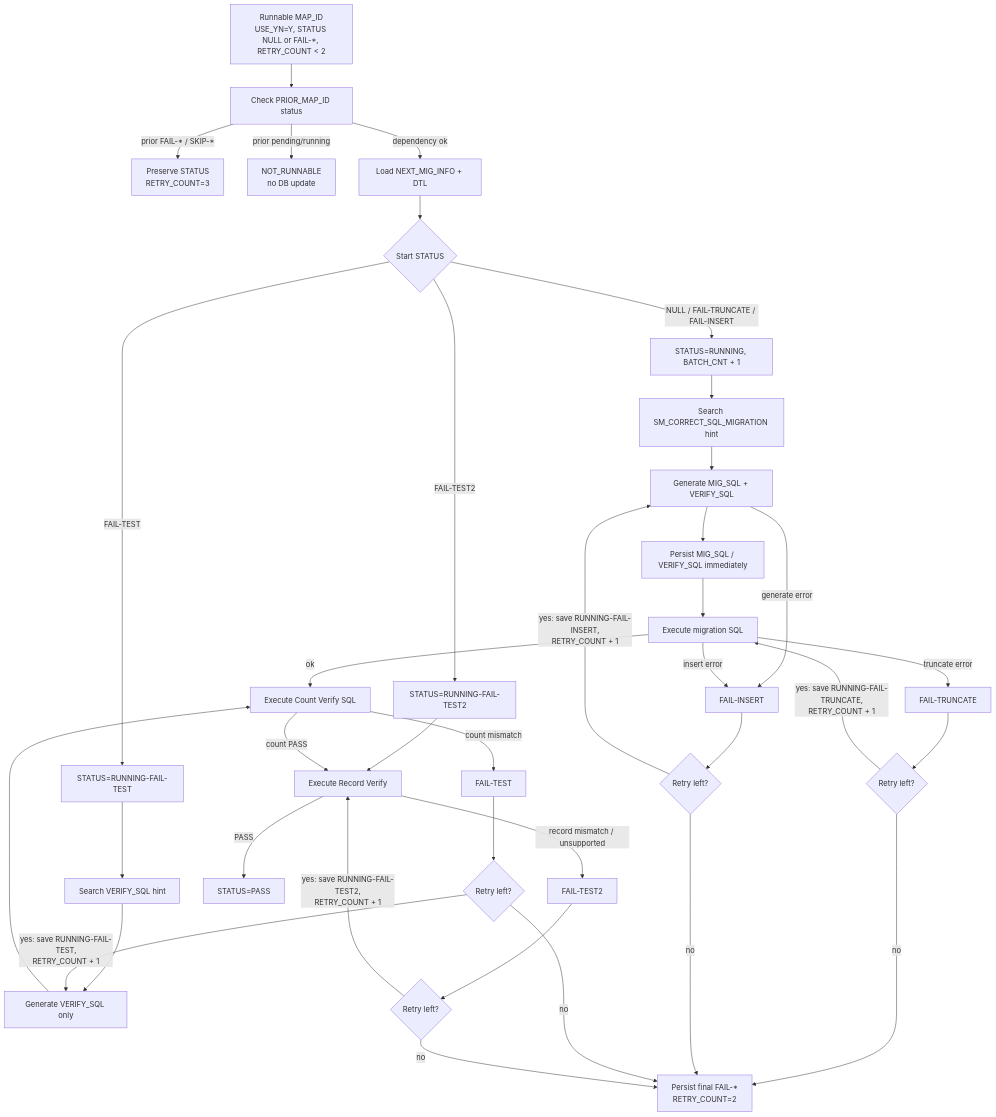
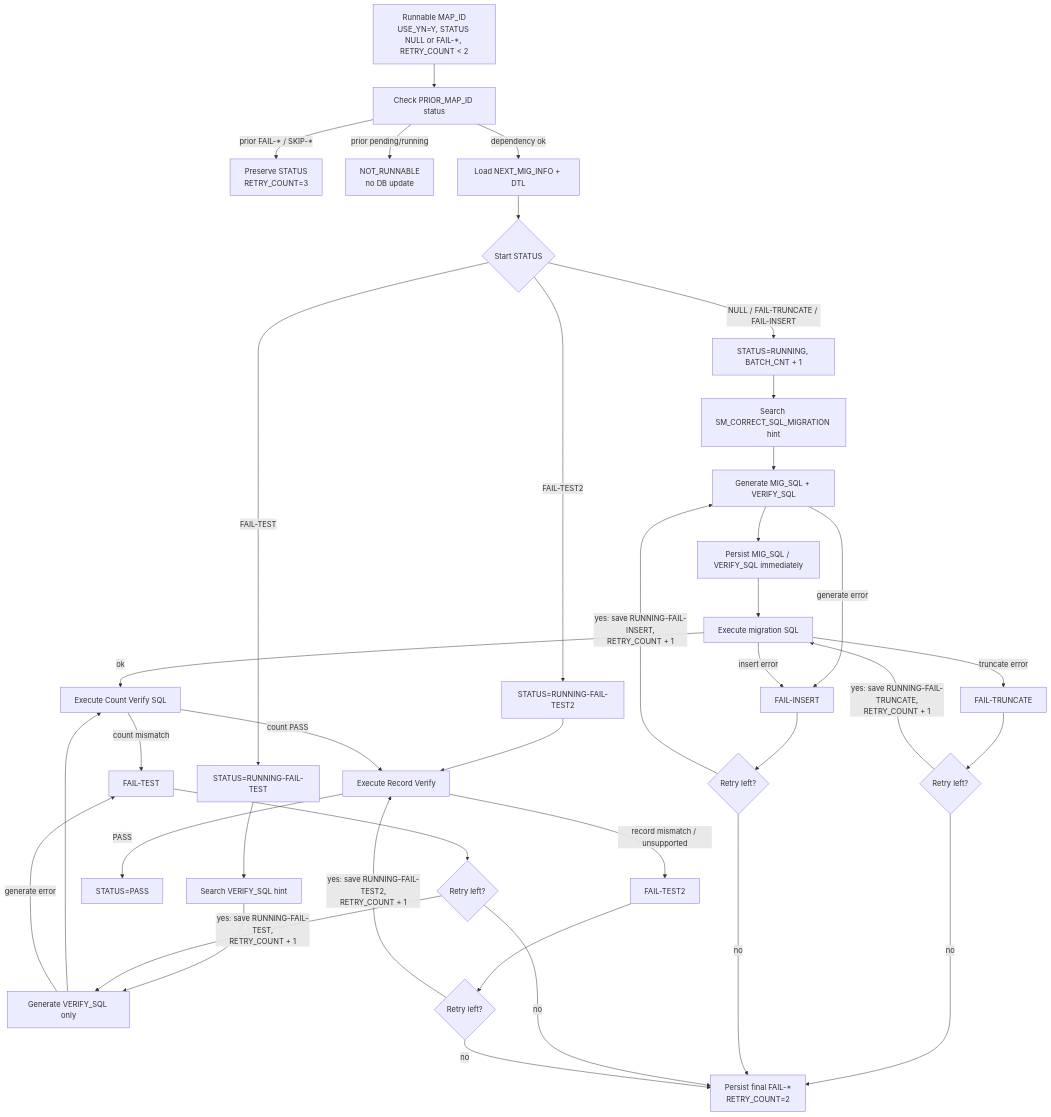
The third of 11 diagrams in smartMigrate_2.0_Langflow/00_guide/00_architecture_chapter4_domain_executors.md (seongikjin227-jpg/refactoring_smartMigrate), drawn with Mermaid before and after one commit. The commit also changed other lines of this file and 5 other files, not shown here.

````diff
--- a/smartMigrate_2.0_Langflow/00_guide/00_architecture_chapter4_domain_executors.md
+++ b/smartMigrate_2.0_Langflow/00_guide/00_architecture_chapter4_domain_executors.md
@@ -67,39 +67,40 @@
 ```mermaid
 flowchart TD
     J[Runnable MAP_ID<br/>USE_YN=Y, STATUS NULL or FAIL-*, RETRY_COUNT &lt; 2] --> PRIOR[Check PRIOR_MAP_ID status]
     PRIOR -->|prior FAIL-* / SKIP-*| BLOCK[Preserve STATUS<br/>RETRY_COUNT=3]
     PRIOR -->|prior pending/running| WAIT[NOT_RUNNABLE<br/>no DB update]
     PRIOR -->|dependency ok| META[Load NEXT_MIG_INFO + DTL]
     META --> STAGE{Start STATUS}
     STAGE -->|NULL / FAIL-TRUNCATE / FAIL-INSERT| RUN[STATUS=RUNNING, BATCH_CNT + 1]
     RUN --> HINT[Search SM_CORRECT_SQL_MIGRATION hint]
     HINT --> GEN[Generate MIG_SQL + VERIFY_SQL]
     GEN --> SAVE_SQL[Persist MIG_SQL / VERIFY_SQL immediately]
     SAVE_SQL --> EXEC[Execute migration SQL]
     GEN -->|generate error| FINSERT[FAIL-INSERT]
     STAGE -->|FAIL-TEST| RESUME[STATUS=RUNNING-FAIL-TEST]
     RESUME --> V_HINT[Search VERIFY_SQL hint]
     V_HINT --> V_GEN[Generate VERIFY_SQL only]
     V_GEN --> VERIFY[Execute Count Verify SQL]
+    V_GEN -->|generate error| FTEST[FAIL-TEST]
     STAGE -->|FAIL-TEST2| RECORD[STATUS=RUNNING-FAIL-TEST2]
     RECORD --> VERIFY2[Execute record verify only]
     EXEC -->|truncate error| FTRUNC[FAIL-TRUNCATE]
     EXEC -->|insert error| FINSERT
     EXEC -->|ok| VERIFY
     VERIFY -->|count mismatch| FTEST[FAIL-TEST]
     VERIFY -->|count PASS| VERIFY2[Execute Record Verify]
     VERIFY2 -->|record mismatch / unsupported| FTEST2[FAIL-TEST2]
     VERIFY2 -->|PASS| PASS[STATUS=PASS]
     FTRUNC --> RTRUNC{Retry left?}
     RTRUNC -->|yes: save RUNNING-FAIL-TRUNCATE,<br/>RETRY_COUNT + 1| EXEC
     RTRUNC -->|no| FINALFAIL[Persist final FAIL-*<br/>RETRY_COUNT=2]
     FINSERT --> RINSERT{Retry left?}
     RINSERT -->|yes: save RUNNING-FAIL-INSERT,<br/>RETRY_COUNT + 1| GEN
     RINSERT -->|no| FINALFAIL
     FTEST --> RTEST{Retry left?}
     RTEST -->|yes: save RUNNING-FAIL-TEST,<br/>RETRY_COUNT + 1| V_GEN
     RTEST -->|no| FINALFAIL
     FTEST2 --> RTEST2{Retry left?}
     RTEST2 -->|yes: save RUNNING-FAIL-TEST2,<br/>RETRY_COUNT + 1| VERIFY2
     RTEST2 -->|no| FINALFAIL
 ```
````
